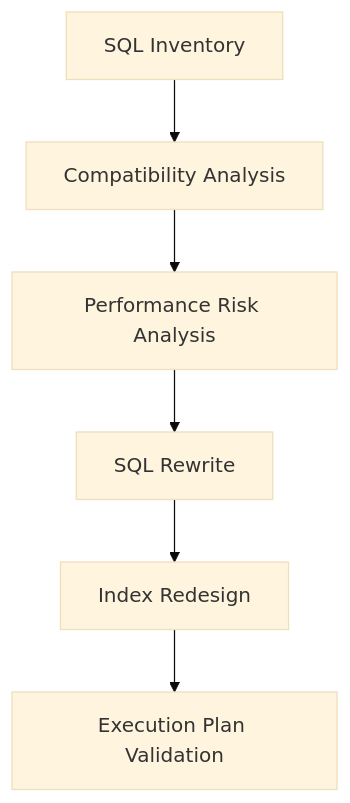
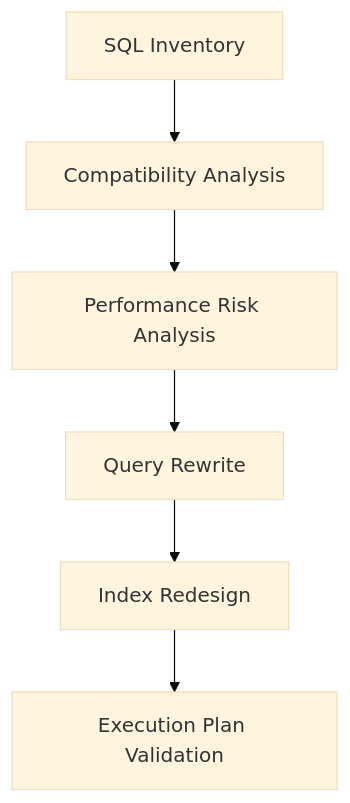
One commit to PawSQL/pawsql-docs-mantlify changed the sixth of 11 diagrams in docs/en/use-cases/index.mdx. Above: the diagram before and after it, drawn with Mermaid (base theme). The commit also changed other lines of this file and 143 other files, not shown here.

````diff
--- a/docs/en/use-cases/index.mdx
+++ b/docs/en/use-cases/index.mdx
@@ -123,8 +123,8 @@
 ```mermaid
 flowchart TD
     A[SQL Inventory] --> B[Compatibility Analysis]
     B --> C[Performance Risk Analysis]
-    C --> D[SQL Rewrite]
+    C --> D[Query Rewrite]
     D --> E[Index Redesign]
     E --> F[Execution Plan Validation]
 ```
````
